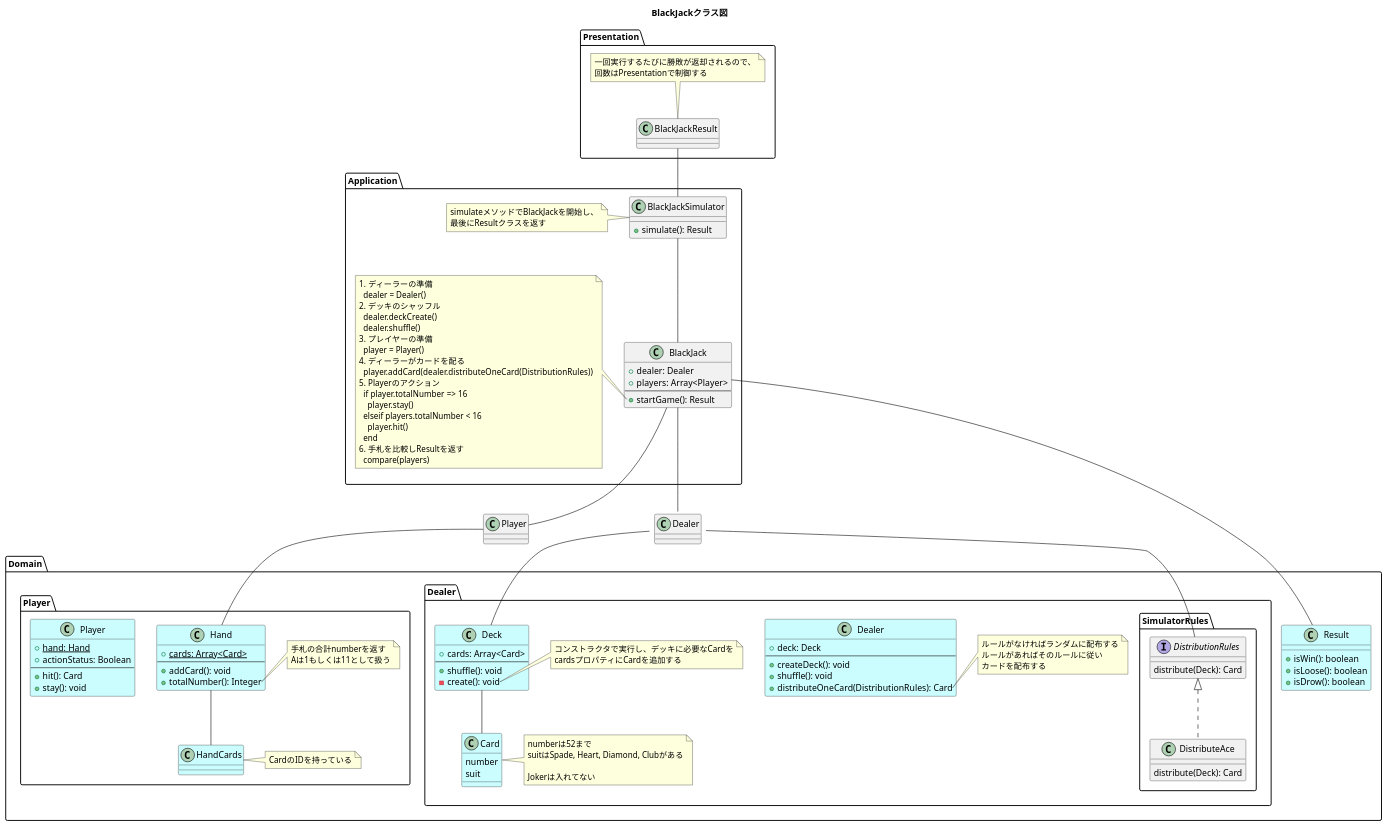
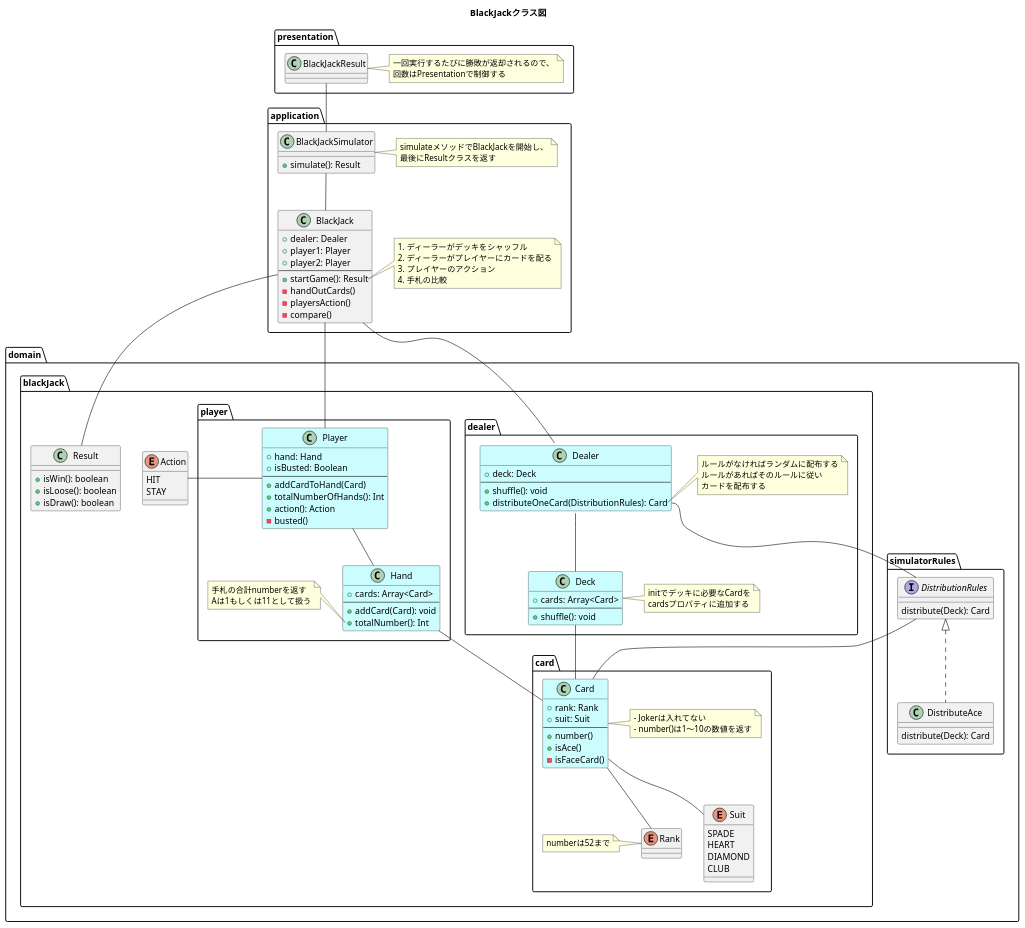
Before and after one commit to yukimasa/blackjack: the diagram in docs/クラス図.pu, drawn with PlantUML. The commit also changed 3 other files, not shown here.

Commit message:
fix: 概念図とクラス図の修正 ver4

```diff
--- a/docs/クラス図.pu
+++ b/docs/クラス図.pu
@@ -1,148 +1,160 @@
 @startuml
 ' left to right direction
 title BlackJackクラス図
 
-package Presentation {
+package presentation {
   class BlackJackResult {
   }
-  note top of BlackJackResult
+  note right of BlackJackResult
     一回実行するたびに勝敗が返却されるので、
     回数はPresentationで制御する
   endnote
 }
 
-package Application {
+package application {
   class BlackJackSimulator {
     + simulate(): Result
   }
-  note left of BlackJackSimulator
+  note right of BlackJackSimulator
     simulateメソッドでBlackJackを開始し、
     最後にResultクラスを返す
   endnote
 
   class BlackJack {
     + dealer: Dealer
-    + players: Array<Player>
+    + player1: Player
+    + player2: Player
     ---
     + startGame(): Result
+    - handOutCards()
+    - playersAction()
+    - compare()
   }
-  note left of BlackJack::startGame
-    1. ディーラーの準備
-      dealer = Dealer()
-    2. デッキのシャッフル
-      dealer.deckCreate()
-      dealer.shuffle()
-    3. プレイヤーの準備
-      player = Player()
-    4. ディーラーがカードを配る
-      player.addCard(dealer.distributeOneCard(DistributionRules))
-    5. Playerのアクション
-      if player.totalNumber => 16
-        player.stay()
-      elseif players.totalNumber < 16
-        player.hit()
-      end
-    6. 手札を比較しResultを返す
-      compare(players)
+  note right of BlackJack::startGame
+    1. ディーラーがデッキをシャッフル
+    2. ディーラーがプレイヤーにカードを配る
+    3. プレイヤーのアクション
+    4. 手札の比較
   endnote
 }
 
-package Domain {
-  package Dealer {
-    class Dealer #CBFDFF {
-      + deck: Deck
-      --
-      + createDeck(): void
-      + shuffle(): void
-      + distributeOneCard(DistributionRules): Card
+package domain {
+  package blackJack {
+    enum Action {
+      HIT
+      STAY
     }
-    note right of Dealer::distributeOneCard
-      ルールがなければランダムに配布する
-      ルールがあればそのルールに従い
-      カードを配布する
-    endnote
 
-    class Deck #CBFDFF {
-      + cards: Array<Card>
-      ---
-      + shuffle(): void
-      - create(): void
+    class Result {
+      + isWin(): boolean
+      + isLoose(): boolean
+      + isDraw(): boolean
     }
-    note right of Deck::create
-      コンストラクタで実行し、デッキに必要なCardを
-      cardsプロパティにCardを追加する
-    endnote
+    package dealer {
+      class Dealer #CBFDFF {
+        + deck: Deck
+        --
+        + shuffle(): void
+        + distributeOneCard(DistributionRules): Card
+      }
+      note right of Dealer::distributeOneCard
+        ルールがなければランダムに配布する
+        ルールがあればそのルールに従い
+        カードを配布する
+      endnote
 
-    class Card #CBFDFF {
-      number
-      suit
+      class Deck #CBFDFF {
+        + cards: Array<Card>
+        ---
+        + shuffle(): void
+      }
+      note right of Deck
+        initでデッキに必要なCardを
+        cardsプロパティに追加する
+      endnote
     }
-    note right of Card
-      numberは52まで
-      suitはSpade, Heart, Diamond, Clubがある
 
-      Jokerは入れてない
-    endnote
-
-    package SimulatorRules {
-      interface DistributionRules {
-        distribute(Deck): Card
+    package player {
+      class Player #CBFDFF {
+        + hand: Hand
+        + isBusted: Boolean
+        ---
+        + addCardToHand(Card)
+        + totalNumberOfHands(): Int
+        + action(): Action
+        - busted()
       }
 
-      class DistributeAce {
-        distribute(Deck): Card
+      class Hand #CBFDFF {
+        + cards: Array<Card>
+        ---
+        + addCard(Card): void
+        + totalNumber(): Int
+      }
+      note left of Hand::totalNumber
+        手札の合計numberを返す
+        Aは1もしくは11として扱う
+      endnote
+    }
+
+    package card {
+      class Card #CBFDFF {
+        + rank: Rank
+        + suit: Suit
+        ---
+        + number()
+        + isAce()
+        - isFaceCard()
+      }
+      note right of Card
+        - Jokerは入れてない
+        - number()は1〜10の数値を返す
+      endnote
+
+      enum Rank {}
+      note left of Rank
+        numberは52まで
+      endnote
+
+      enum Suit {
+        SPADE
+        HEART
+        DIAMOND
+        CLUB
       }
     }
+
   }
 
-  package Player {
-    class Player #CBFDFF {
-      + {static} hand: Hand
-      + actionStatus: Boolean
-      --
-      + hit(): Card
-      + stay(): void
+  package simulatorRules {
+    interface DistributionRules {
+      distribute(Deck): Card
     }
 
-    class Hand #CBFDFF {
-      + {static} cards: Array<Card>
-      ---
-      + addCard(): void
-      + totalNumber(): Integer
+    class DistributeAce {
+      distribute(Deck): Card
     }
-    note right of Hand::totalNumber
-      手札の合計numberを返す
-      Aは1もしくは11として扱う
-    endnote
-
-    class HandCards #CBFDFF {
-    }
-    note right of HandCards
-      CardのIDを持っている
-    endnote
-  }
-
-  class Result #CBFDFF {
-    + isWin(): boolean
-    + isLoose(): boolean
-    + isDrow(): boolean
   }
 }
 
-
 BlackJackResult -- BlackJackSimulator
-
 BlackJackSimulator -- BlackJack
 BlackJack -- Player
 BlackJack -- Dealer
 BlackJack -- Result
 
-DistributionRules <|.. DistributeAce
-Dealer::distributeOneCard -- DistributionRules
+Player -- Hand
+Player -left- Action
+Hand -- Card
 
-Player -- Hand
-Hand -- HandCards
 Dealer -- Deck
 Deck -- Card
 
+Card -- Rank
+Card -- Suit
+
+DistributionRules <|.. DistributeAce
+Dealer::distributeOneCard -- DistributionRules
+DistributionRules -- Card
+
 @enduml
```
